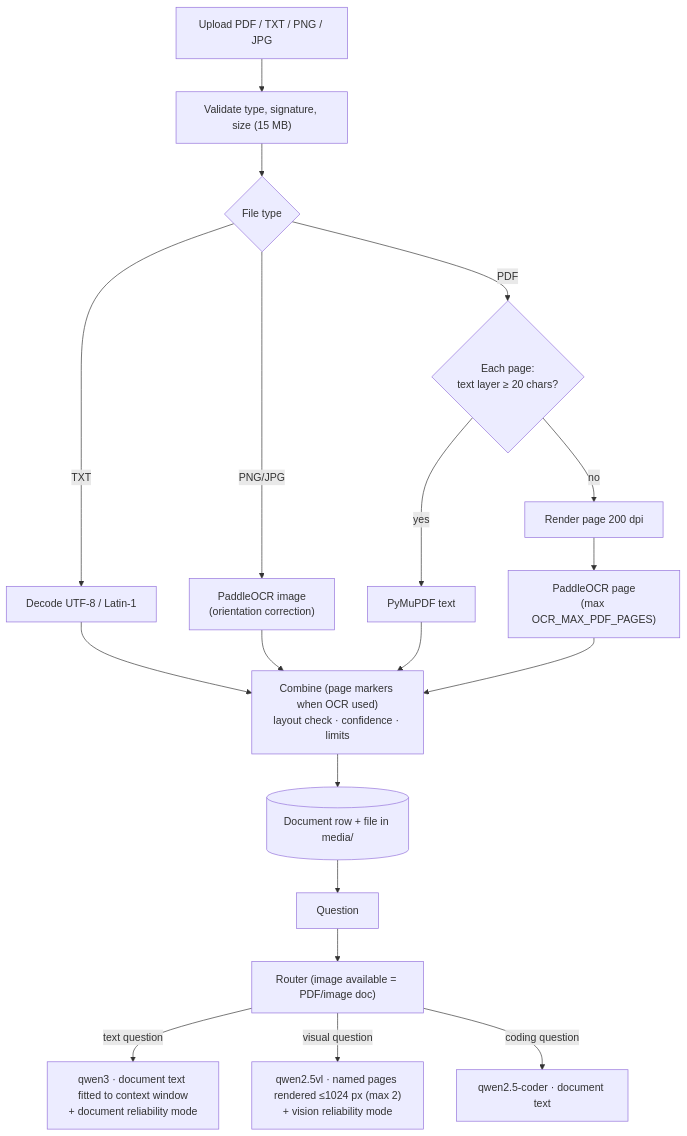
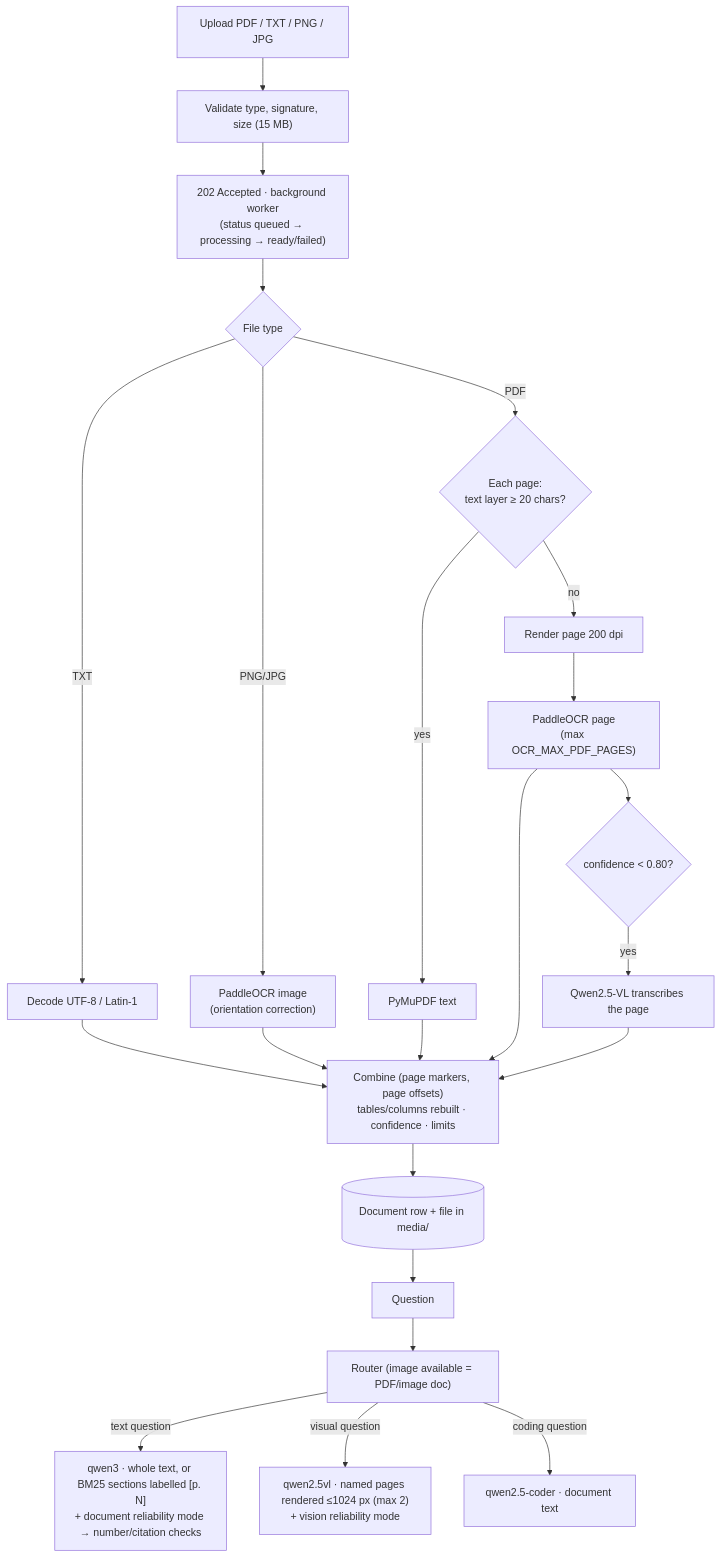
Before and after one commit to OnishNimiwal/PlantEdge: the fourth of 6 diagrams in README.md, drawn with Mermaid. The commit also changed other lines of this file and 2 other files, not shown here.

````diff
--- a/README.md
+++ b/README.md
@@ -239,16 +281,19 @@
 ```mermaid
 flowchart TD
     UP["Upload PDF / TXT / PNG / JPG"] --> VAL["Validate type, signature, size (15 MB)"]
-    VAL --> T{File type}
+    VAL --> BG["202 Accepted · background worker<br/>(status queued → processing → ready/failed)"]
+    BG --> T{File type}
     T -- TXT --> TXT["Decode UTF-8 / Latin-1"]
     T -- PNG/JPG --> OCRI["PaddleOCR image<br/>(orientation correction)"]
     T -- PDF --> PG{"Each page:<br/>text layer ≥ 20 chars?"}
     PG -- yes --> TL["PyMuPDF text"]
     PG -- no --> RND["Render page 200 dpi"] --> OCRP["PaddleOCR page<br/>(max OCR_MAX_PDF_PAGES)"]
-    TXT & OCRI & TL & OCRP --> JOIN["Combine (page markers when OCR used)<br/>layout check · confidence · limits"]
+    OCRP --> LOW{"confidence < 0.80?"}
+    LOW -- yes --> VT["Qwen2.5-VL transcribes the page"]
+    TXT & OCRI & TL & OCRP & VT --> JOIN["Combine (page markers, page offsets)<br/>tables/columns rebuilt · confidence · limits"]
     JOIN --> STORE[("Document row + file in media/")]
     STORE --> Q["Question"] --> RQ["Router (image available = PDF/image doc)"]
-    RQ -- "text question" --> TXTQ["qwen3 · document text fitted to context window<br/>+ document reliability mode"]
+    RQ -- "text question" --> TXTQ["qwen3 · whole text, or BM25 sections labelled [p. N]<br/>+ document reliability mode → number/citation checks"]
     RQ -- "visual question" --> VIS["qwen2.5vl · named pages rendered ≤1024 px (max 2)<br/>+ vision reliability mode"]
     RQ -- "coding question" --> COD["qwen2.5-coder · document text"]
 ```
````
